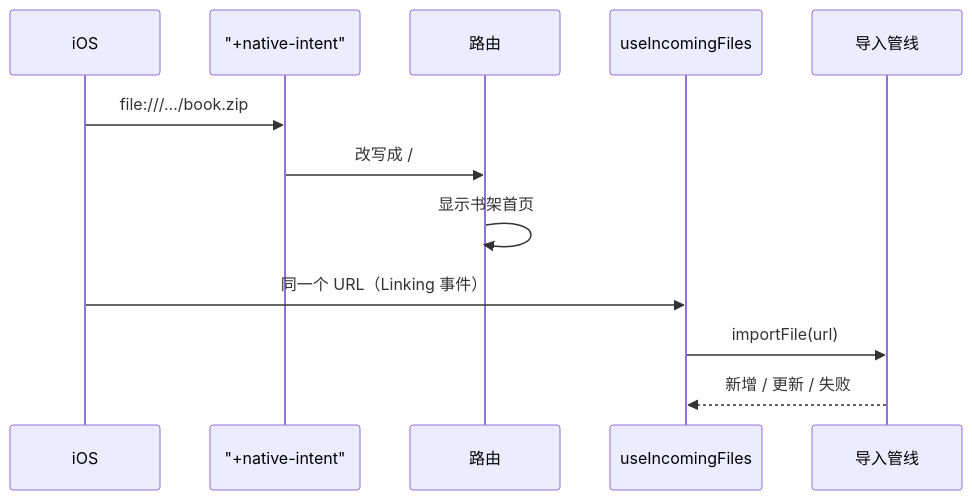
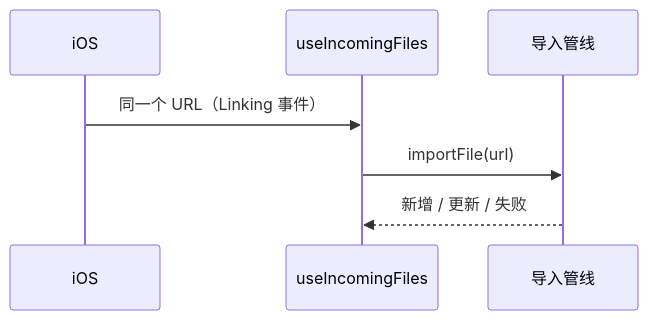
Before and after one commit to jarvis-pro/hatch-shelf: the third of 3 diagrams in books/rn-expo/03-expo-router.md, drawn with Mermaid. The commit also changed other lines of this file and 432 other files, not shown here.

````diff
--- a/books/rn-expo/03-expo-router.md
+++ b/books/rn-expo/03-expo-router.md
@@ -153,14 +166,9 @@
 ```mermaid
 sequenceDiagram
   participant OS as iOS
-  participant NI as "+native-intent"
-  participant R as 路由
   participant H as useIncomingFiles
   participant P as 导入管线
-  OS->>NI: file:///…/book.zip
-  NI->>R: 改写成 /
-  R->>R: 显示书架首页
   OS->>H: 同一个 URL（Linking 事件）
   H->>P: importFile(url)
   P-->>H: 新增 / 更新 / 失败
 ```
````
